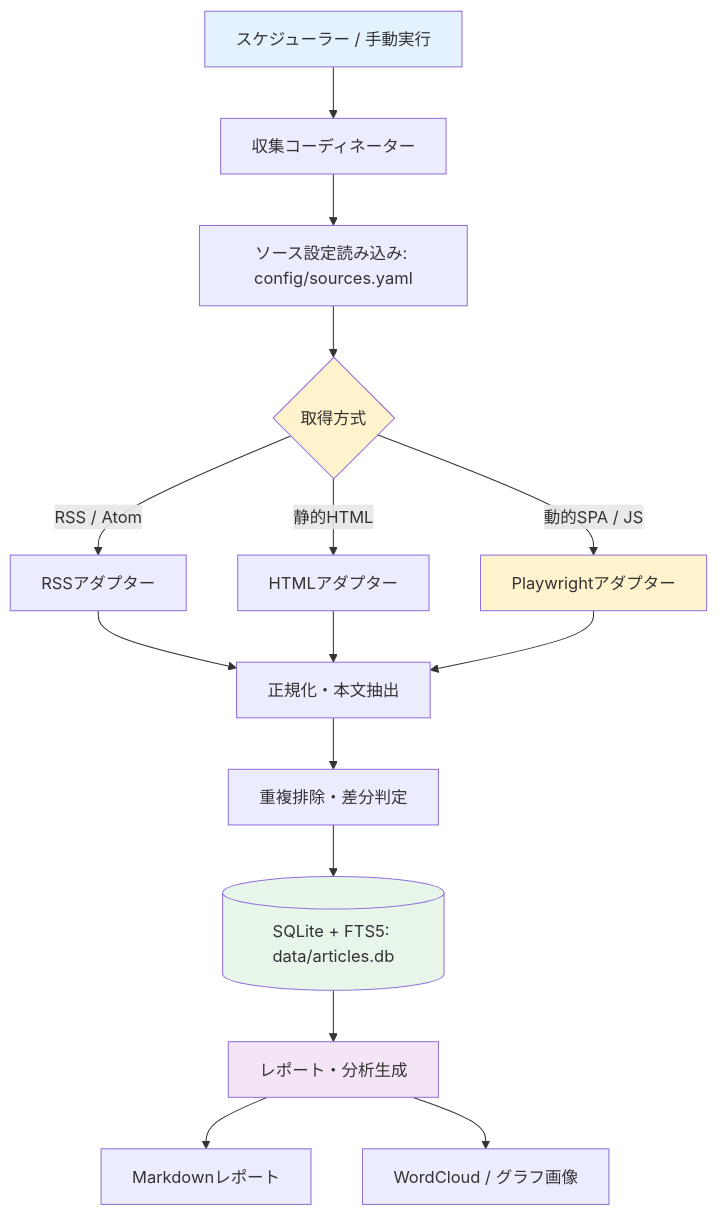
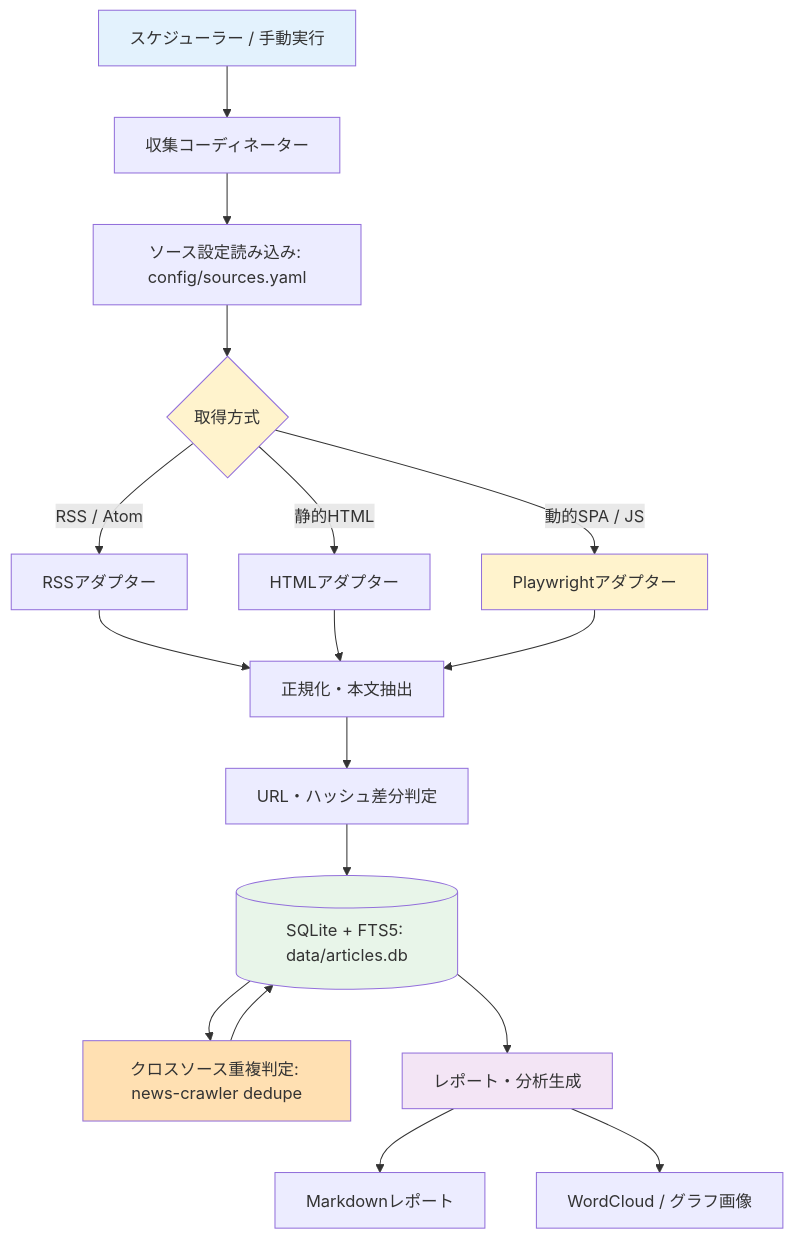
The diagram in README.md (norizou/news_crawler), drawn with Mermaid before and after one commit. The commit also changed other lines of this file and 1 other file, not shown here.

First line of the commit message:
docs: document duplicate reduction, dedupe command, and JP wordcloud fix

````diff
--- a/README.md
+++ b/README.md
@@ -24,23 +24,26 @@
 ```mermaid
 graph TD
     S[スケジューラー / 手動実行] --> C[収集コーディネーター]
     C --> R[ソース設定読み込み: config/sources.yaml]
     R --> T{取得方式}
     T -->|RSS / Atom| A[RSSアダプター]
     T -->|静的HTML| B[HTMLアダプター]
     T -->|動的SPA / JS| P[Playwrightアダプター]
     A --> N[正規化・本文抽出]
     B --> N
     P --> N
-    N --> D[重複排除・差分判定]
+    N --> D[URL・ハッシュ差分判定]
     D --> DB[(SQLite + FTS5: data/articles.db)]
+    DB --> DD[クロスソース重複判定: news-crawler dedupe]
+    DD --> DB
     DB --> O[レポート・分析生成]
     O --> M[Markdownレポート]
     O --> W[WordCloud / グラフ画像]
 
     style S fill:#e3f2fd
     style T fill:#fff3cd
     style P fill:#fff3cd
     style DB fill:#e8f5e9
+    style DD fill:#ffe0b2
     style O fill:#f3e5f5
 ```
````
